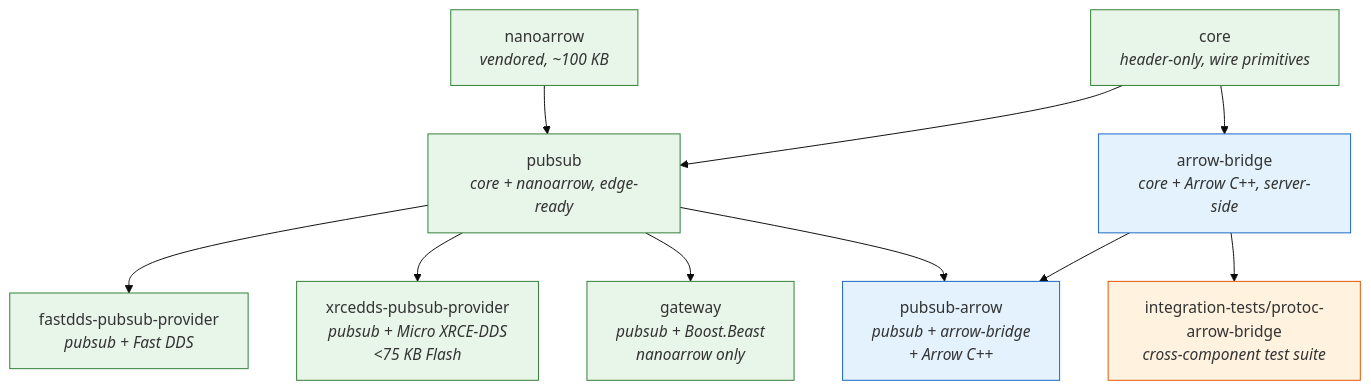
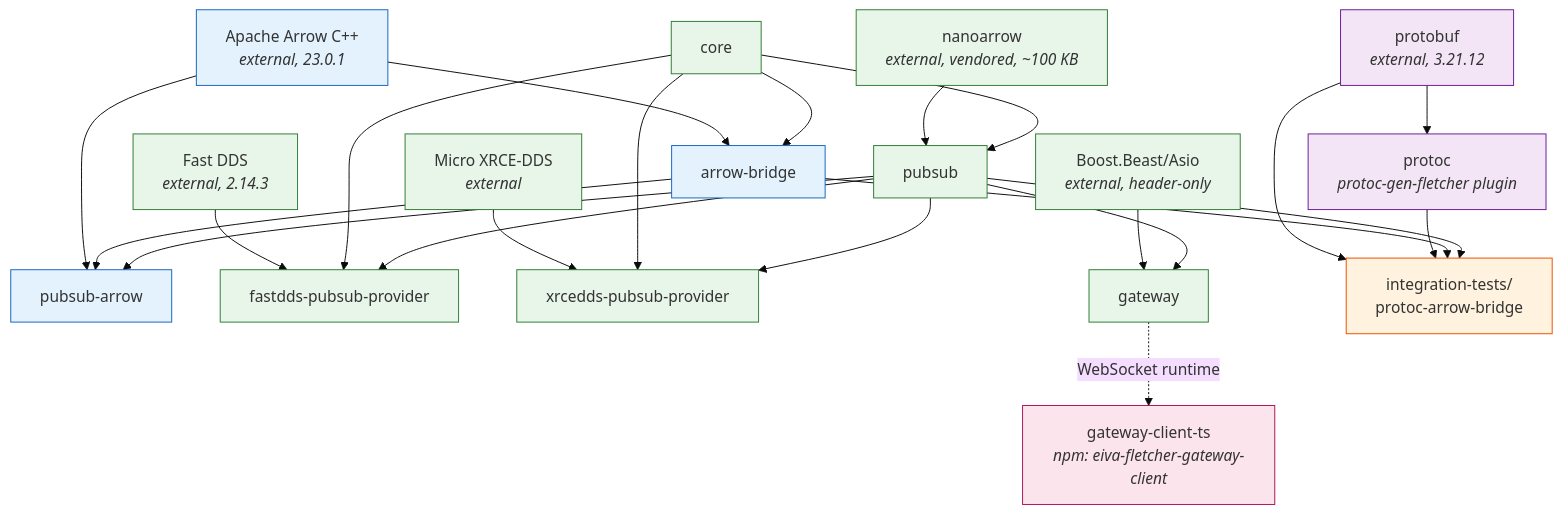
The third of 5 diagrams in docs/component-diagram.md (eivacom/Fletcher), drawn with Mermaid (base theme) before and after one commit. The commit also changed other lines of this file, not shown here.

Commit message:
Expand dependency graph to cover every monorepo package
The previous graph showed C++ runtime libraries only, with a few edges
missing. Updated:

- Direct \`core\` edges to fastdds-pubsub-provider and xrcedds-pubsub-provider
  (they require core directly, not just transitively via pubsub).
- All edges into integration-tests/protoc-arrow-bridge: pubsub, arrow-bridge,
  protoc, protobuf — previously only the arrow-bridge edge was shown.
- protoc and gateway-client-ts added as nodes. protoc is a build-time
  code generator (purple); gateway-client-ts is a TypeScript/npm package
  (pink) with a runtime-only relationship to the gateway shown as a
  dotted arrow.
- External transports / libraries (Apache Arrow C++, Boost.Beast/Asio,
  Fast DDS, Micro XRCE-DDS, protobuf) are surfaced where they cross a
  package boundary that affects deployment understanding.
- Legend expanded from 3 to 5 categories with a note explaining why
  direct core edges are drawn.

````diff
--- a/docs/component-diagram.md
+++ b/docs/component-diagram.md
@@ -112,36 +114,67 @@
 ```mermaid
 graph TB
-    CORE["core<br/><i>header-only, wire primitives</i>"]
-    NANOARROW["nanoarrow<br/><i>vendored, ~100 KB</i>"]
+    NANOARROW["nanoarrow<br/><i>external, vendored, ~100 KB</i>"]
+    PROTOBUF["protobuf<br/><i>external, 3.21.12</i>"]
+    ARROW_CPP["Apache Arrow C++<br/><i>external, 23.0.1</i>"]
+    BEAST["Boost.Beast/Asio<br/><i>external, header-only</i>"]
+    FAST_DDS["Fast DDS<br/><i>external, 2.14.3</i>"]
+    XRCE_DDS["Micro XRCE-DDS<br/><i>external</i>"]
 
-    PUBSUB["pubsub<br/><i>core + nanoarrow, edge-ready</i>"]
-
-    FASTDDS_PROV["fastdds-pubsub-provider<br/><i>pubsub + Fast DDS</i>"]
-    XRCE_PROV["xrcedds-pubsub-provider<br/><i>pubsub + Micro XRCE-DDS<br/>&lt;75 KB Flash</i>"]
-    CODEC["arrow-bridge<br/><i>core + Arrow C++, server-side</i>"]
-
-    PUBSUB_ARROW["pubsub-arrow<br/><i>pubsub + arrow-bridge<br/>+ Arrow C++</i>"]
-
-    WEB_GW["gateway<br/><i>pubsub + Boost.Beast<br/>nanoarrow only</i>"]
-    PROTO_INT["integration-tests/protoc-arrow-bridge<br/><i>cross-component test suite</i>"]
+    CORE["core"]
+    PUBSUB["pubsub"]
+    CODEC["arrow-bridge"]
+    PUBSUB_ARROW["pubsub-arrow"]
+    FASTDDS_PROV["fastdds-pubsub-provider"]
+    XRCE_PROV["xrcedds-pubsub-provider"]
+    WEB_GW["gateway"]
+    PROTOC["protoc<br/><i>protoc-gen-fletcher plugin</i>"]
+    PROTO_INT["integration-tests/<br/>protoc-arrow-bridge"]
+    GW_CLIENT["gateway-client-ts<br/><i>npm: eiva-fletcher-gateway-client</i>"]
 
     CORE --> PUBSUB
     NANOARROW --> PUBSUB
+
     CORE --> CODEC
+    ARROW_CPP --> CODEC
+
     PUBSUB --> FASTDDS_PROV
+    CORE --> FASTDDS_PROV
+    FAST_DDS --> FASTDDS_PROV
+
     PUBSUB --> XRCE_PROV
+    CORE --> XRCE_PROV
+    XRCE_DDS --> XRCE_PROV
+
+    PUBSUB --> PUBSUB_ARROW
+    CODEC --> PUBSUB_ARROW
+    ARROW_CPP --> PUBSUB_ARROW
+
     PUBSUB --> WEB_GW
-    CODEC --> PUBSUB_ARROW
-    PUBSUB --> PUBSUB_ARROW
+    BEAST --> WEB_GW
+
+    PROTOBUF --> PROTOC
+
+    PUBSUB --> PROTO_INT
     CODEC --> PROTO_INT
+    PROTOC --> PROTO_INT
+    PROTOBUF --> PROTO_INT
+
+    WEB_GW -.->|WebSocket runtime| GW_CLIENT
 
     style CORE fill:#e8f5e9,stroke:#2e7d32
     style NANOARROW fill:#e8f5e9,stroke:#2e7d32
     style PUBSUB fill:#e8f5e9,stroke:#2e7d32
     style FASTDDS_PROV fill:#e8f5e9,stroke:#2e7d32
     style XRCE_PROV fill:#e8f5e9,stroke:#2e7d32
     style WEB_GW fill:#e8f5e9,stroke:#2e7d32
+    style FAST_DDS fill:#e8f5e9,stroke:#2e7d32
+    style XRCE_DDS fill:#e8f5e9,stroke:#2e7d32
+    style BEAST fill:#e8f5e9,stroke:#2e7d32
     style CODEC fill:#e3f2fd,stroke:#1565c0
     style PUBSUB_ARROW fill:#e3f2fd,stroke:#1565c0
+    style ARROW_CPP fill:#e3f2fd,stroke:#1565c0
+    style PROTOC fill:#f3e5f5,stroke:#6a1b9a
+    style PROTOBUF fill:#f3e5f5,stroke:#6a1b9a
     style PROTO_INT fill:#fff3e0,stroke:#e65100
+    style GW_CLIENT fill:#fce4ec,stroke:#ad1457
 ```
````
